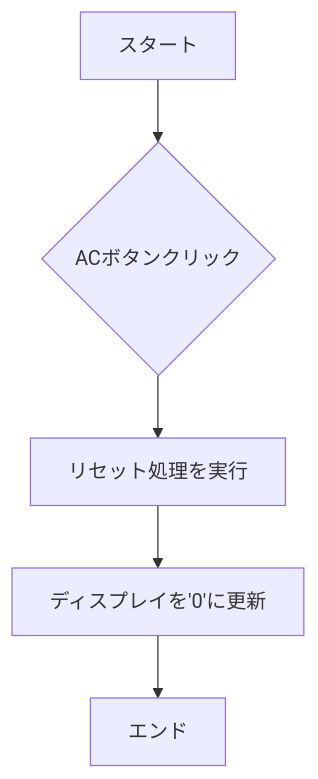
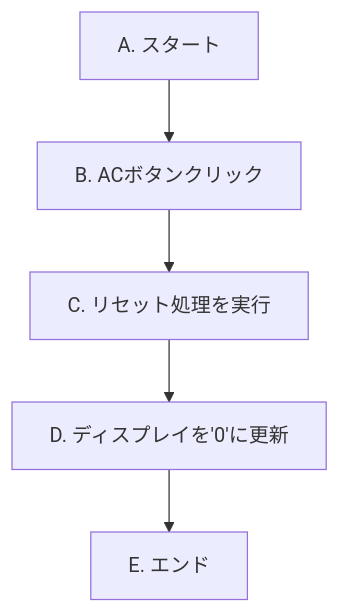
One commit to jun1waka/OIC2025-Front03 changed the second of 4 diagrams in README.md. Above: the diagram before and after it, drawn with Mermaid. The commit also changed other lines of this file, not shown here.

````diff
--- a/README.md
+++ b/README.md
@@ -293,7 +293,7 @@
 ```mermaid
 graph TD
-    A["スタート"] --> B{"ACボタンクリック"};
-    B --> C["リセット処理を実行"];
-    C --> D["ディスプレイを'0'に更新"];
-    D --> E["エンド"];
+    A["A. スタート"] --> B["B. ACボタンクリック"];
+    B --> C["C. リセット処理を実行"];
+    C --> D["D. ディスプレイを'0'に更新"];
+    D --> E["E. エンド"];
 ```
````
